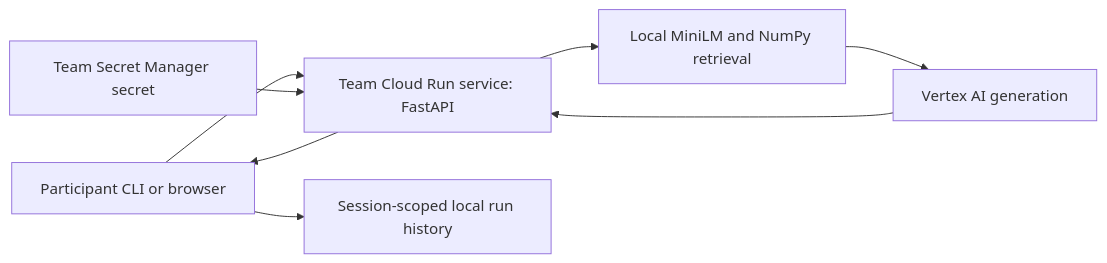
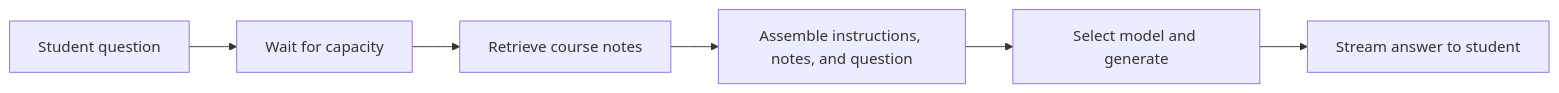
The diagram in README.md (TAMU-Aggie-Data-Science-Club/fall2026-workshop-productionizing-ai), drawn with Mermaid before and after one commit. The commit also changed other lines of this file and 13 other files, not shown here.

````diff
--- a/README.md
+++ b/README.md
@@ -17,10 +58,8 @@
 ```mermaid
 flowchart LR
-    C[Participant CLI or browser] --> S[Team Cloud Run service: FastAPI]
-    S --> R[Local MiniLM and NumPy retrieval]
-    R --> M[Vertex AI generation]
-    M --> S
-    S --> C
-    SM[Team Secret Manager secret] --> S
-    C --> H[Session-scoped local run history]
+    Q[Student question] --> W[Wait for capacity]
+    W --> R[Retrieve course notes]
+    R --> P[Assemble instructions, notes, and question]
+    P --> M[Select model and generate]
+    M --> A[Stream answer to student]
 ```
````
